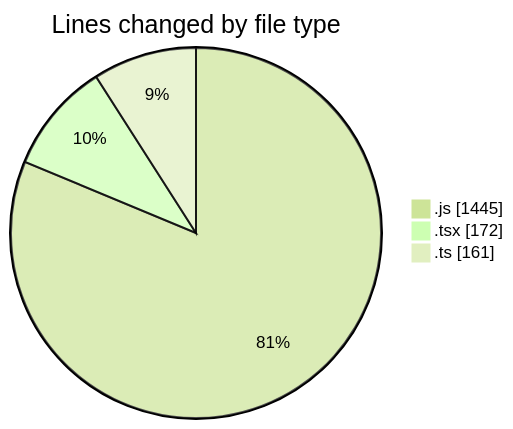
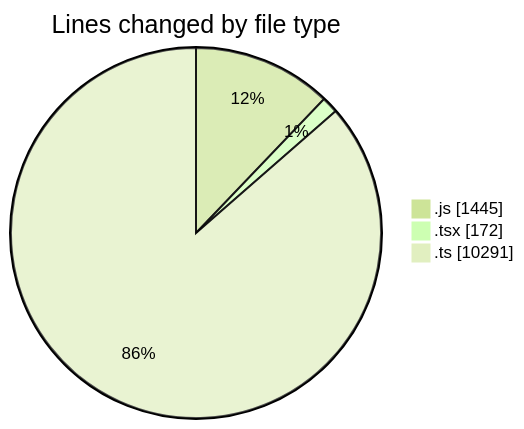
The first of 2 diagrams in 2025-03-13/cda/README.md (momahboobian/code-tracking), drawn with Mermaid (forest theme) before and after one commit. The commit also changed other lines of this file and 1 other file, not shown here.

````diff
--- a/2025-03-13/cda/README.md
+++ b/2025-03-13/cda/README.md
@@ -28,7 +32,7 @@
 ```mermaid
 pie showData
 title Lines changed by file type
 ".js" : 1445
 ".tsx" : 172
-".ts" : 161
+".ts" : 10291
 ```
````
